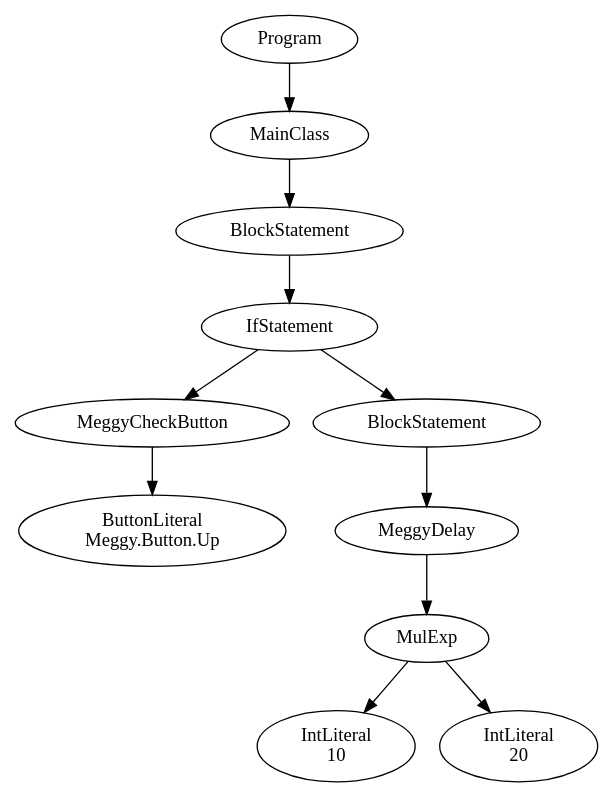
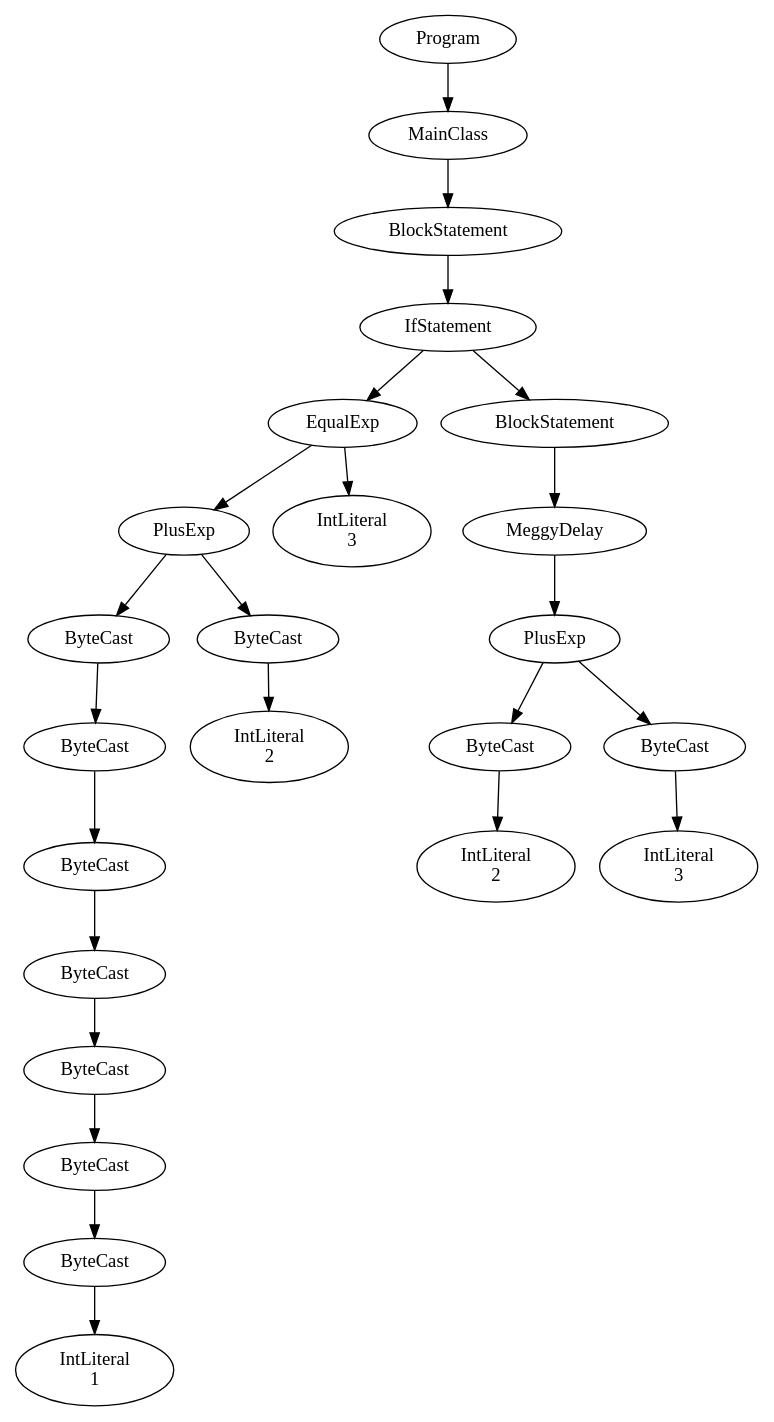
Before and after one commit to Ajith20/MeggyJava-compiler: the diagram in PA3/PA3Test1.java.ast.dot, drawn with Graphviz. The commit also changed 39 other files, not shown here.

```diff
--- a/PA3/PA3Test1.java.ast.dot
+++ b/PA3/PA3Test1.java.ast.dot
@@ -1,23 +1,49 @@
 digraph ASTGraph {
 0 [ label="Program" ];
 1 [ label="MainClass" ];
 0 -> 1
 2 [ label="BlockStatement" ];
 1 -> 2
 3 [ label="IfStatement" ];
 2 -> 3
-4 [ label="MeggyCheckButton" ];
+4 [ label="EqualExp" ];
 3 -> 4
-5 [ label="ButtonLiteral\nMeggy.Button.Up" ];
+5 [ label="PlusExp" ];
 4 -> 5
-6 [ label="BlockStatement" ];
-3 -> 6
-7 [ label="MeggyDelay" ];
+6 [ label="ByteCast" ];
+5 -> 6
+7 [ label="ByteCast" ];
 6 -> 7
-8 [ label="MulExp" ];
+8 [ label="ByteCast" ];
 7 -> 8
-9 [ label="IntLiteral\n10" ];
+9 [ label="ByteCast" ];
 8 -> 9
-10 [ label="IntLiteral\n20" ];
-8 -> 10
+10 [ label="ByteCast" ];
+9 -> 10
+11 [ label="ByteCast" ];
+10 -> 11
+12 [ label="ByteCast" ];
+11 -> 12
+13 [ label="IntLiteral\n1" ];
+12 -> 13
+14 [ label="ByteCast" ];
+5 -> 14
+15 [ label="IntLiteral\n2" ];
+14 -> 15
+16 [ label="IntLiteral\n3" ];
+4 -> 16
+17 [ label="BlockStatement" ];
+3 -> 17
+18 [ label="MeggyDelay" ];
+17 -> 18
+19 [ label="PlusExp" ];
+18 -> 19
+20 [ label="ByteCast" ];
+19 -> 20
+21 [ label="IntLiteral\n2" ];
+20 -> 21
+22 [ label="ByteCast" ];
+19 -> 22
+23 [ label="IntLiteral\n3" ];
+22 -> 23
 }
```
